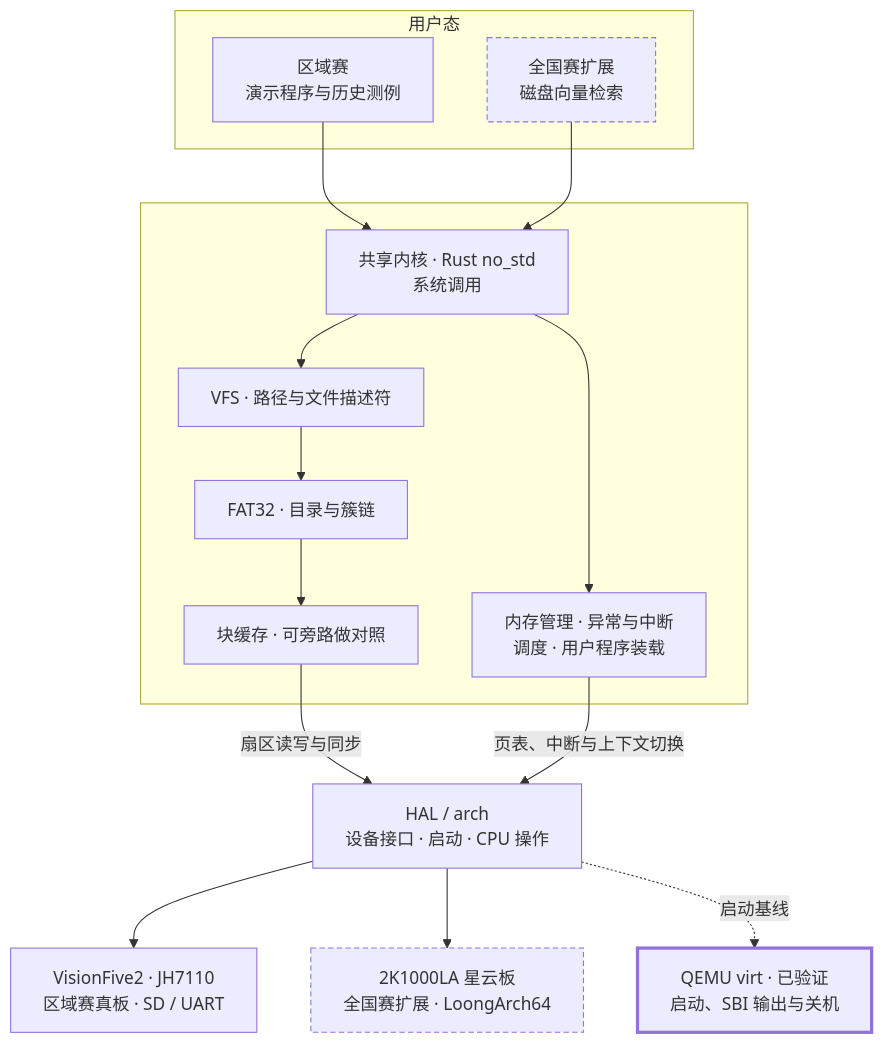
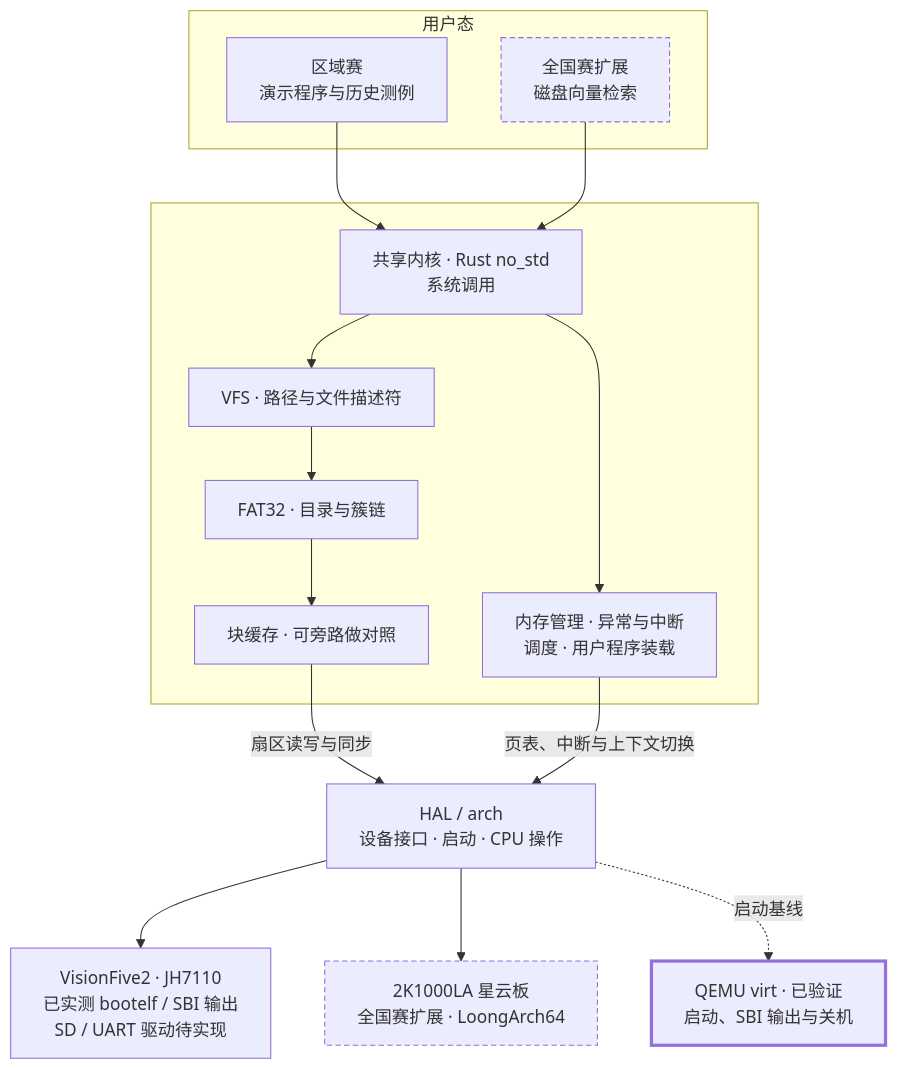
Before and after one commit to ApolloMonasa/Focos-contrib: the diagram in docs/architecture.md, drawn with Mermaid. The commit also changed other lines of this file and 16 other files, not shown here.

Commit message:
feat: boot VisionFive2 through U-Boot bootelf

````diff
--- a/docs/architecture.md
+++ b/docs/architecture.md
@@ -5,38 +5,38 @@
 ```mermaid
 flowchart TB
     accTitle: FocOS 目标架构
-    accDescr: 用户程序经系统调用访问 FAT32。HAL 和 arch 隔离两块板的差异。当前已验证 QEMU 启动、SBI 输出和关机。
+    accDescr: 用户程序经系统调用访问 FAT32。HAL 和 arch 隔离两块板的差异。已验证 QEMU 启动及关机、VisionFive2 bootelf 启动与 SBI 输出；真板驱动待实现。
 
     subgraph USER["用户态"]
         DEMO["区域赛<br/>演示程序与历史测例"]
         ANN["全国赛扩展<br/>磁盘向量检索"]
     end
 
     subgraph KERNEL[" "]
         SYS["共享内核 · Rust no_std<br/>系统调用"]
         VFS["VFS · 路径与文件描述符"]
         FAT["FAT32 · 目录与簇链"]
         CACHE["块缓存 · 可旁路做对照"]
         CORE["内存管理 · 异常与中断<br/>调度 · 用户程序装载"]
         SYS --> VFS --> FAT --> CACHE
         SYS --> CORE
     end
 
     HAL["HAL / arch<br/>设备接口 · 启动 · CPU 操作"]
-    VF2["VisionFive2 · JH7110<br/>区域赛真板 · SD / UART"]
+    VF2["VisionFive2 · JH7110<br/>已实测 bootelf / SBI 输出<br/>SD / UART 驱动待实现"]
     LA["2K1000LA 星云板<br/>全国赛扩展 · LoongArch64"]
     QEMU["QEMU virt · 已验证<br/>启动、SBI 输出与关机"]
 
     DEMO --> SYS
     ANN --> SYS
     CACHE -->|扇区读写与同步| HAL
     CORE -->|页表、中断与上下文切换| HAL
     HAL --> VF2
     HAL --> LA
     HAL -. 启动基线 .-> QEMU
 
     classDef future stroke-dasharray: 5 3;
     classDef verified stroke-width: 3px;
     class ANN,LA future;
     class QEMU verified;
 ```
````
